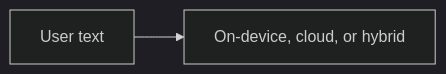
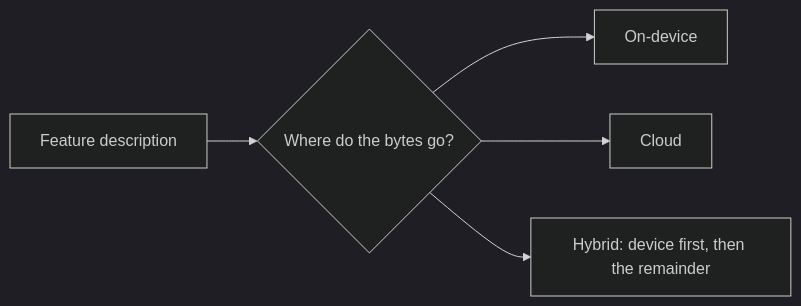
Before and after one commit to mohamedmabrouk582/Android-Ai-Lab: the diagram in lab-privacy/README.md, drawn with Mermaid (dark theme). The commit also changed other lines of this file and 41 other files, not shown here.

````diff
--- a/lab-privacy/README.md
+++ b/lab-privacy/README.md
@@ -13,4 +25,7 @@
 ```mermaid
 flowchart LR
-  n0["User text"] --> n1["On-device, cloud, or hybrid"]
+  text["Feature description"] --> choice{"Where do the bytes go?"}
+  choice --> device["On-device"]
+  choice --> cloud["Cloud"]
+  choice --> hybrid["Hybrid: device first, then the remainder"]
 ```
````
